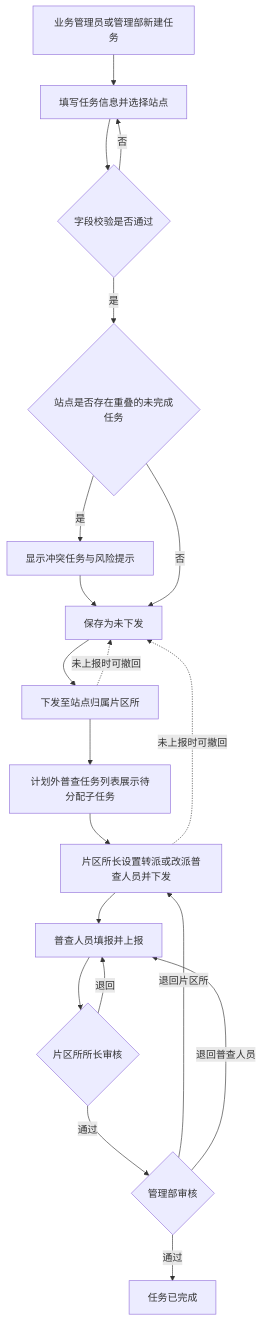
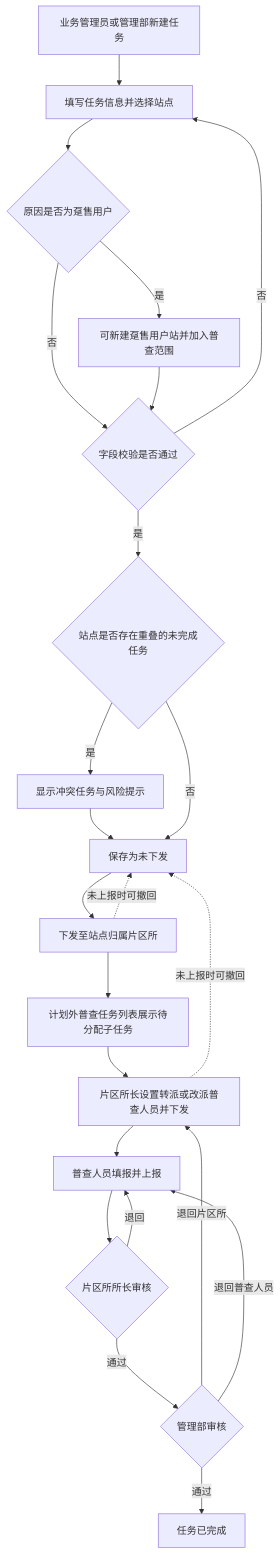
Before and after one commit to caicai9807-code/Area-survey: the diagram in docs/计划外普查任务管理-功能规格说明书.md, drawn with Mermaid. The commit also changed other lines of this file and 12 other files, not shown here.

````diff
--- a/docs/计划外普查任务管理-功能规格说明书.md
+++ b/docs/计划外普查任务管理-功能规格说明书.md
@@ -173,22 +237,25 @@
 ```mermaid
 flowchart TD
     A[业务管理员或管理部新建任务] --> B[填写任务信息并选择站点]
-    B --> C{字段校验是否通过}
+    B --> B1{原因是否为趸售用户}
+    B1 -- 是 --> B2[可新建趸售用户站并加入普查范围]
+    B1 -- 否 --> C{字段校验是否通过}
+    B2 --> C
     C -- 否 --> B
     C -- 是 --> D{站点是否存在重叠的未完成任务}
     D -- 是 --> E[显示冲突任务与风险提示]
     E --> F
     D -- 否 --> F[保存为未下发]
     F --> G[下发至站点归属片区所]
     G --> H[计划外普查任务列表展示待分配子任务]
     H --> I[片区所长设置转派或改派普查人员并下发]
     I --> J[普查人员填报并上报]
     J --> K{片区所所长审核}
     K -- 退回 --> J
     K -- 通过 --> L{管理部审核}
     L -- 退回片区所 --> I
     L -- 退回普查人员 --> J
     L -- 通过 --> M[任务已完成]
     G -. 未上报时可撤回 .-> F
     I -. 未上报时可撤回 .-> F
 ```
````
